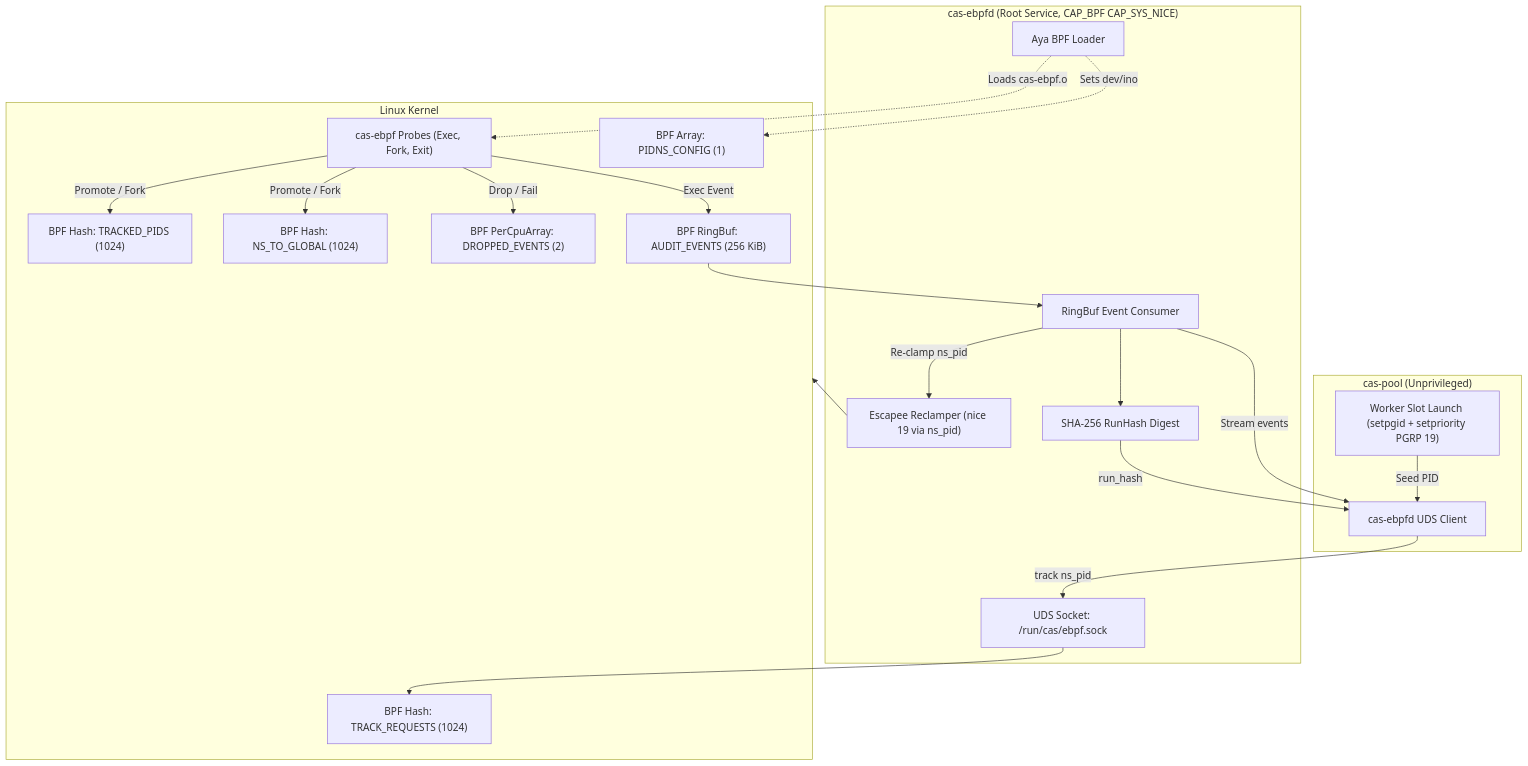
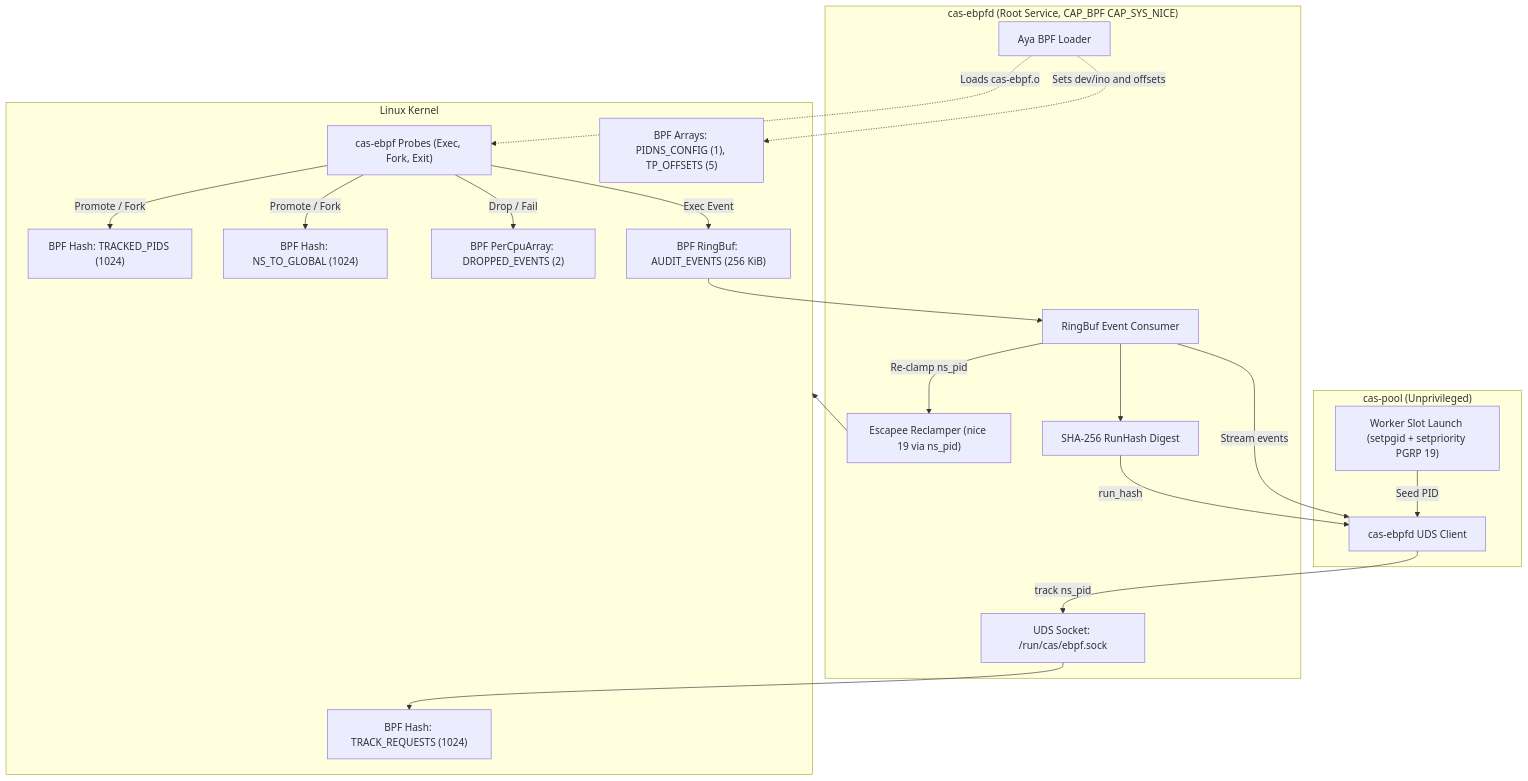
The diagram in specs/0014-ebpf-priority-clamping-and-audit-probes.md (unsigned-gg/uas), drawn with Mermaid before and after one commit. The commit also changed other lines of this file, not shown here.

First line of the commit message:
docs(spec): 0014 D13 reads tracepoint offsets from tracefs at load

````diff
--- a/specs/0014-ebpf-priority-clamping-and-audit-probes.md
+++ b/specs/0014-ebpf-priority-clamping-and-audit-probes.md
@@ -90,32 +95,32 @@
 ```mermaid
 flowchart TD
     subgraph Pool["cas-pool (Unprivileged)"]
         Launch["Worker Slot Launch (setpgid + setpriority PGRP 19)"]
         PoolClient["cas-ebpfd UDS Client"]
     end
     subgraph Daemon["cas-ebpfd (Root Service, CAP_BPF CAP_SYS_NICE)"]
         UdsServer["UDS Socket: /run/cas/ebpf.sock"]
         Loader["Aya BPF Loader"]
         Consumer["RingBuf Event Consumer"]
         Reclamper["Escapee Reclamper (nice 19 via ns_pid)"]
         Hasher["SHA-256 RunHash Digest"]
     end
     subgraph Kernel["Linux Kernel"]
         Probes["cas-ebpf Probes (Exec, Fork, Exit)"]
-        ConfigMap["BPF Array: PIDNS_CONFIG (1)"]
+        ConfigMap["BPF Arrays: PIDNS_CONFIG (1), TP_OFFSETS (5)"]
         ReqMap["BPF Hash: TRACK_REQUESTS (1024)"]
         PidMap["BPF Hash: TRACKED_PIDS (1024)"]
         NsMap["BPF Hash: NS_TO_GLOBAL (1024)"]
         RingBuf["BPF RingBuf: AUDIT_EVENTS (256 KiB)"]
         DropMap["BPF PerCpuArray: DROPPED_EVENTS (2)"]
     end
     Launch -->|Seed PID| PoolClient -->|track ns_pid| UdsServer --> ReqMap
-    Loader -.->|Sets dev/ino| ConfigMap
+    Loader -.->|Sets dev/ino and offsets| ConfigMap
     Loader -.->|Loads cas-ebpf.o| Probes
     Probes -->|Promote / Fork| PidMap & NsMap
     Probes -->|Exec Event| RingBuf
     Probes -->|Drop / Fail| DropMap
     RingBuf --> Consumer --> Hasher -->|run_hash| PoolClient
     Consumer -->|Stream events| PoolClient
     Consumer -->|Re-clamp ns_pid| Reclamper --> Kernel
 ```
````
